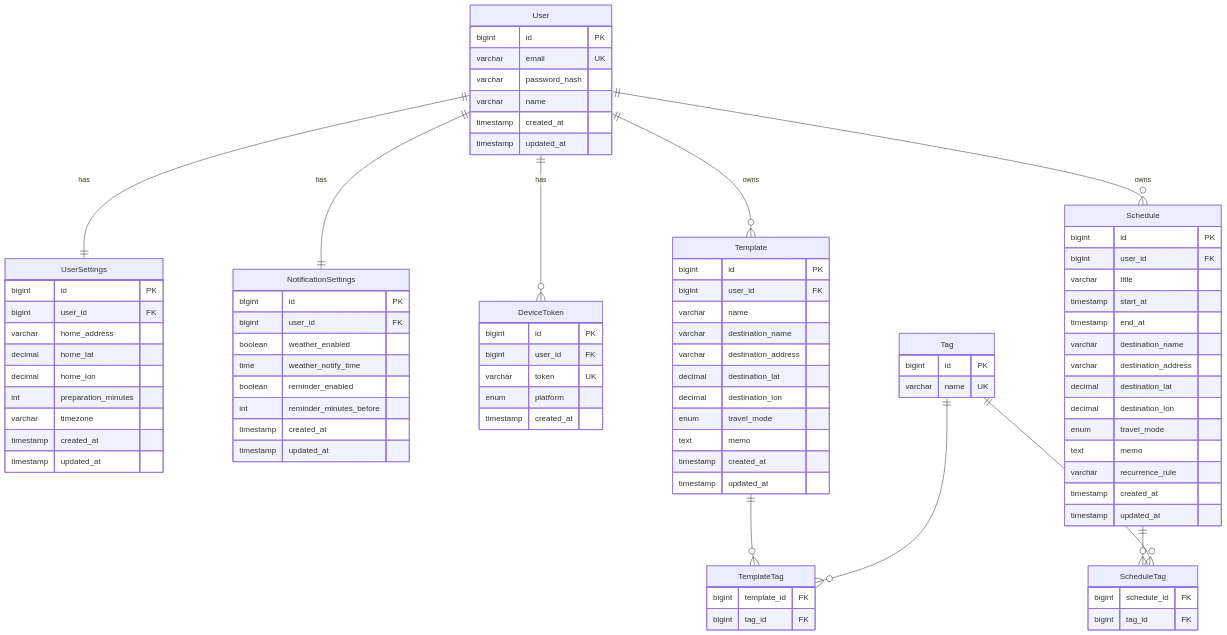
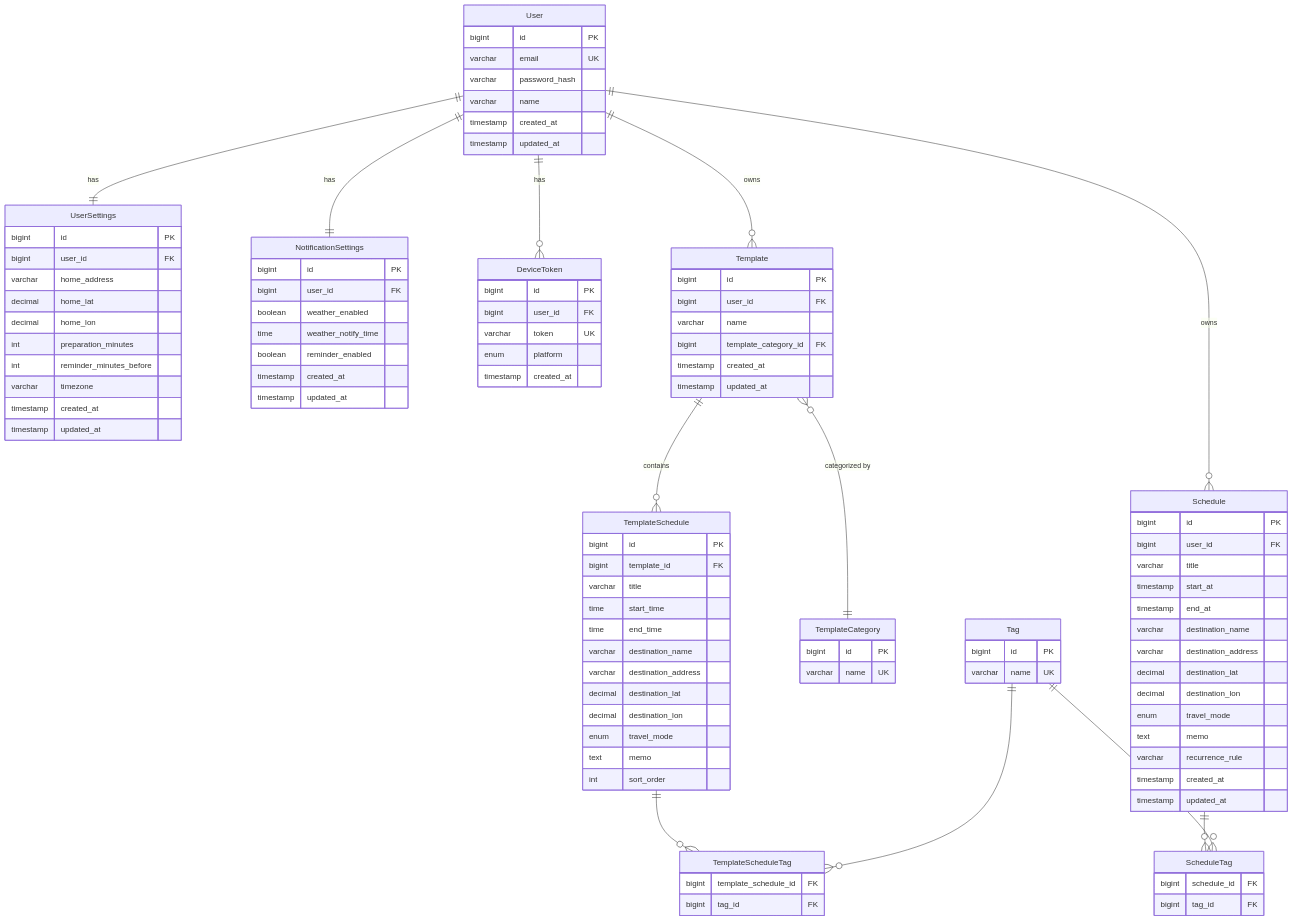
One commit to meron14725/tenichi-hackathon changed the diagram in backend/docs/データモデル草案.md. Above: the diagram before and after it, drawn with Mermaid. The commit also changed other lines of this file and 2 other files, not shown here.

````diff
--- a/backend/docs/データモデル草案.md
+++ b/backend/docs/データモデル草案.md
@@ -162,6 +187,7 @@
         decimal home_lat
         decimal home_lon
         int preparation_minutes
+        int reminder_minutes_before
         varchar timezone
         timestamp created_at
         timestamp updated_at
@@ -173,7 +199,6 @@
         boolean weather_enabled
         time weather_notify_time
         boolean reminder_enabled
-        int reminder_minutes_before
         timestamp created_at
         timestamp updated_at
     }
@@ -195,18 +220,33 @@
         bigint id PK
         bigint user_id FK
         varchar name
+        bigint template_category_id FK
+        timestamp created_at
+        timestamp updated_at
+    }
+
+    TemplateCategory {
+        bigint id PK
+        varchar name UK
+    }
+
+    TemplateSchedule {
+        bigint id PK
+        bigint template_id FK
+        varchar title
+        time start_time
+        time end_time
         varchar destination_name
         varchar destination_address
         decimal destination_lat
         decimal destination_lon
         enum travel_mode
         text memo
-        timestamp created_at
-        timestamp updated_at
+        int sort_order
     }
 
-    TemplateTag {
-        bigint template_id FK
+    TemplateScheduleTag {
+        bigint template_schedule_id FK
         bigint tag_id FK
     }
 
@@ -237,8 +277,10 @@
     User ||--o{ DeviceToken : "has"
     User ||--o{ Template : "owns"
     User ||--o{ Schedule : "owns"
-    Template ||--o{ TemplateTag : ""
-    Tag ||--o{ TemplateTag : ""
+    Template }o--|| TemplateCategory : "categorized by"
+    Template ||--o{ TemplateSchedule : "contains"
+    TemplateSchedule ||--o{ TemplateScheduleTag : ""
+    Tag ||--o{ TemplateScheduleTag : ""
     Schedule ||--o{ ScheduleTag : ""
     Tag ||--o{ ScheduleTag : ""
 ```
````
